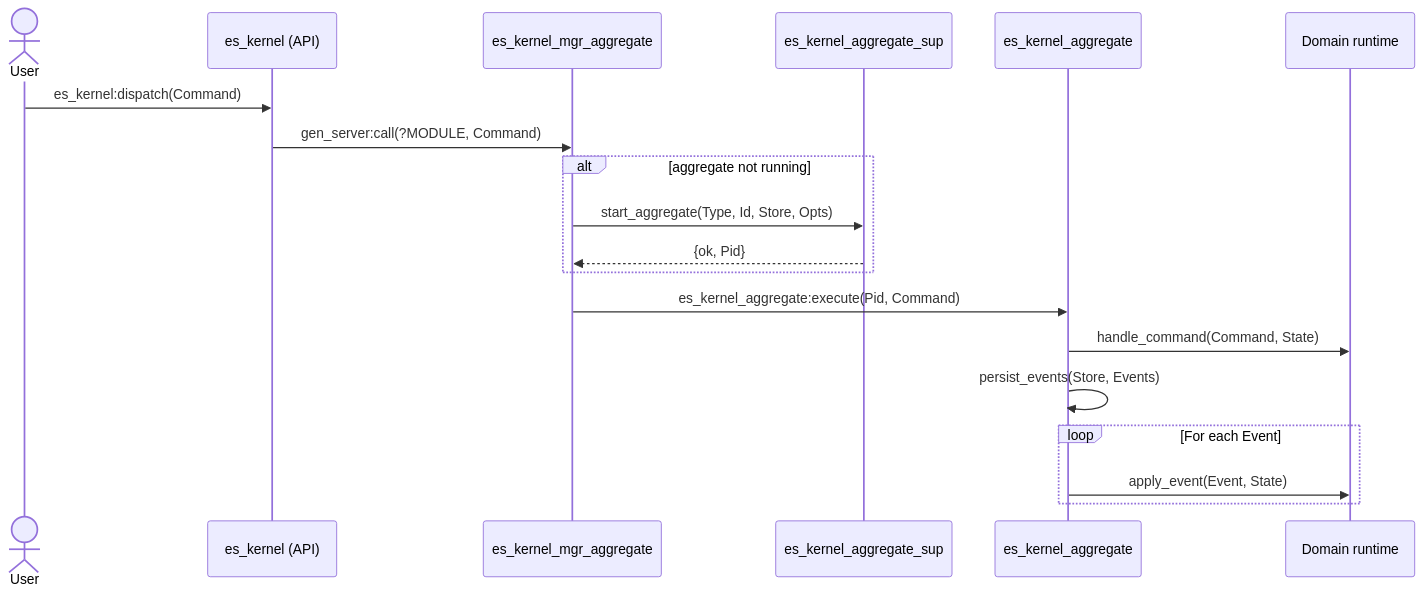
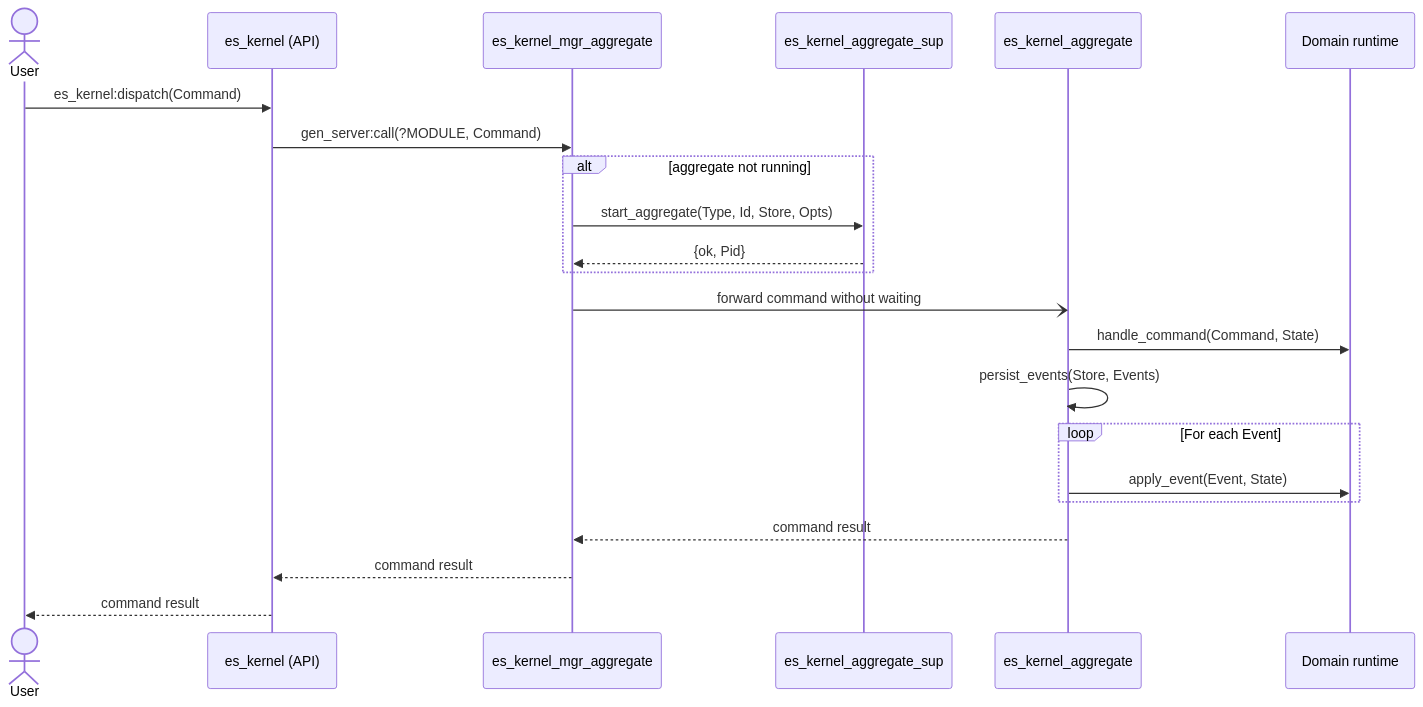
Before and after one commit to ccamel/erlang-event-sourcing-xp: the first of 2 diagrams in README.md, drawn with Mermaid. The commit also changed other lines of this file and 3 other files, not shown here.

````diff
--- a/README.md
+++ b/README.md
@@ -358,25 +358,29 @@
 ```mermaid
 sequenceDiagram
     actor User
     participant Kernel as es_kernel (API)
     participant AggMgr as es_kernel_mgr_aggregate
     participant AggSup as es_kernel_aggregate_sup
     participant Agg as es_kernel_aggregate
     participant DomainModule as Domain runtime
 
     User ->> Kernel: es_kernel:dispatch(Command)
     Kernel ->> AggMgr: gen_server:call(?MODULE, Command)
 
     alt aggregate not running
         AggMgr ->> AggSup: start_aggregate(Type, Id, Store, Opts)
         AggSup -->> AggMgr: {ok, Pid}
     end
 
-    AggMgr ->> Agg: es_kernel_aggregate:execute(Pid, Command)
+    AggMgr -) Agg: forward command without waiting
     Agg ->> DomainModule: handle_command(Command, State)
     Agg ->> Agg: persist_events(Store, Events)
 
     loop For each Event
         Agg ->> DomainModule: apply_event(Event, State)
     end
+
+    Agg -->> AggMgr: command result
+    AggMgr -->> Kernel: command result
+    Kernel -->> User: command result
 ```
````
